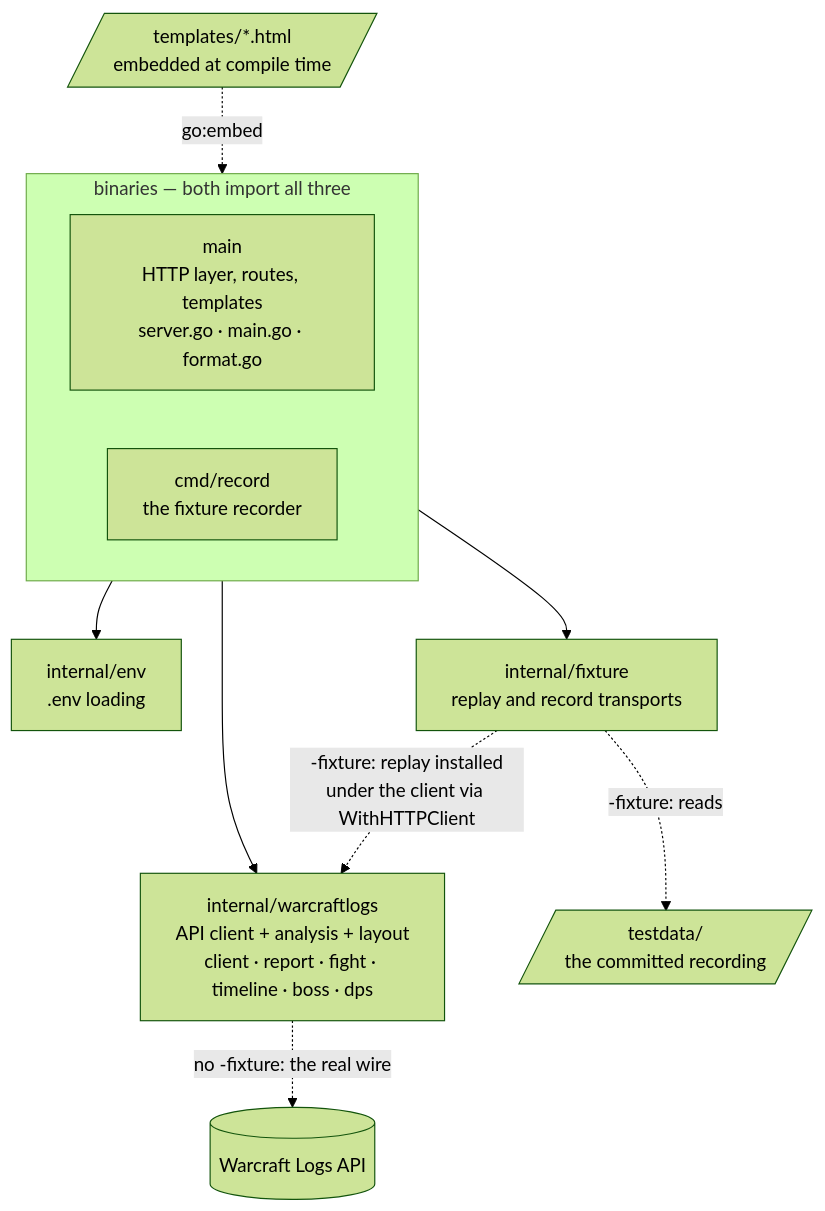
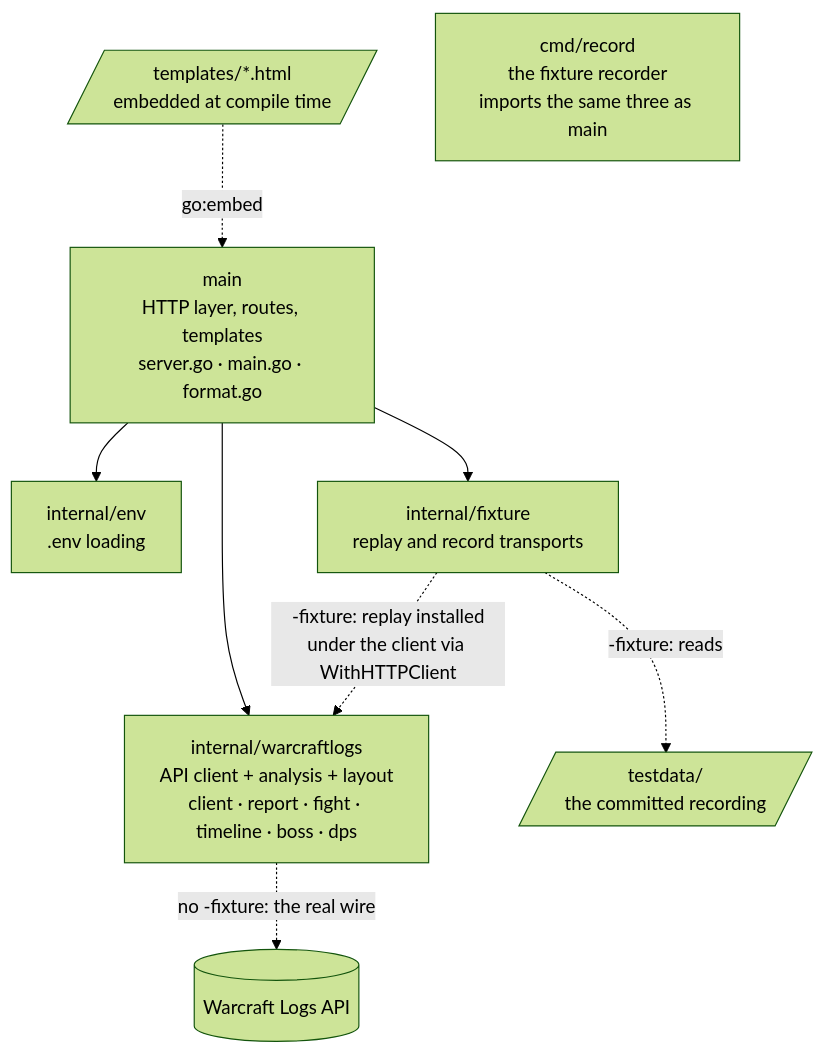
One commit to Gabriel2048/wow-insights changed the second of 3 diagrams in ARCHITECTURE.md. Above: the diagram before and after it, drawn with Mermaid (forest theme). The commit also changed other lines of this file and 1 other file, not shown here.

Commit message:
Draw main's imports explicitly; declare cmd/record's without drawing them
Edges from a group were attached wherever dagre liked, so main's link to
internal/fixture read as the recorder's alone. main's three edges are now
drawn; cmd/record's three are declared in %% comments the test still
verifies, and its label says they duplicate main's.

Claude-Session: https://claude.ai/code/session_01BQKntxwDvnhuBFrsNmRnie

````diff
--- a/ARCHITECTURE.md
+++ b/ARCHITECTURE.md
@@ -46,26 +48,27 @@
 ```mermaid
 flowchart TB
     %% verified: package graph
     templates[/"templates/*.html<br/>embedded at compile time"/]
-
-    subgraph binaries["binaries — both import all three"]
-        direction LR
-        main["main<br/>HTTP layer, routes, templates<br/>server.go · main.go · format.go"]
-        record["cmd/record<br/>the fixture recorder"]
-    end
-
+    main["main<br/>HTTP layer, routes, templates<br/>server.go · main.go · format.go"]
+    record["cmd/record<br/>the fixture recorder<br/>imports the same three as main"]
     env["internal/env<br/>.env loading"]
     fixture["internal/fixture<br/>replay and record transports"]
     warcraftlogs["internal/warcraftlogs<br/>API client + analysis + layout<br/>client · report · fight · timeline · boss · dps"]
     api[("Warcraft Logs API")]
     testdata[/"testdata/<br/>the committed recording"/]
 
-    binaries --> env
-    binaries --> fixture
-    binaries --> warcraftlogs
+    main --> env
+    main --> fixture
+    main --> warcraftlogs
+
+    %% cmd/record's imports duplicate main's. They are declared here so the
+    %% test verifies them, and not drawn, so the picture stays readable.
+    %% record --> env
+    %% record --> fixture
+    %% record --> warcraftlogs
 
     templates -.->|"go:embed"| main
     warcraftlogs -.->|"no -fixture: the real wire"| api
     fixture -.->|"-fixture: replay installed<br/>under the client via WithHTTPClient"| warcraftlogs
     fixture -.->|"-fixture: reads"| testdata
 ```
````
